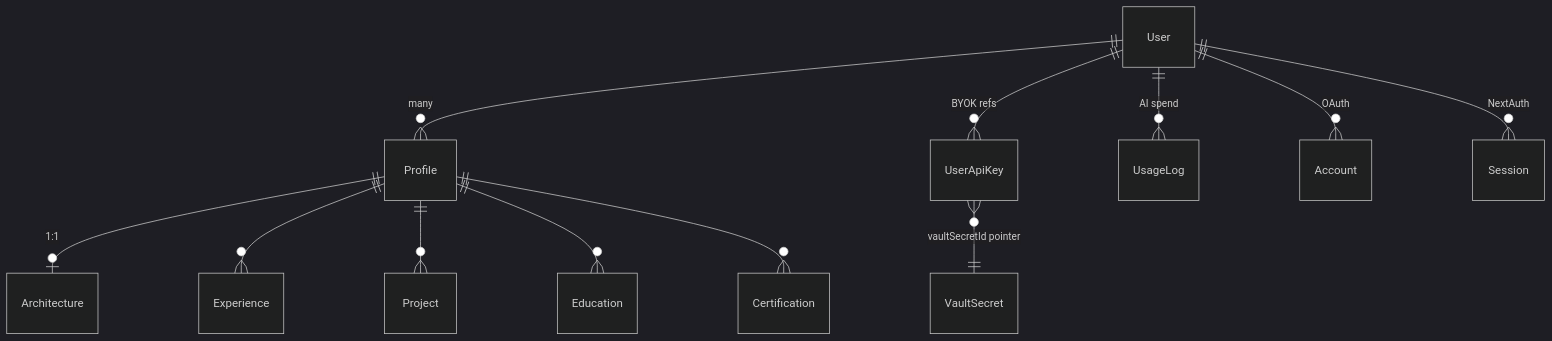
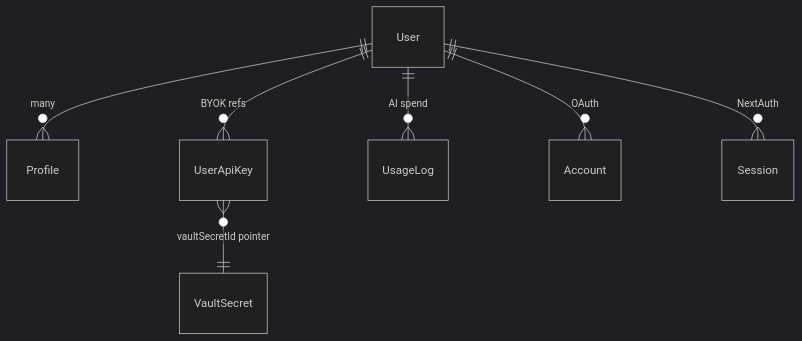
Before and after one commit to bhagatks/EasySubmit: the first of 2 diagrams in docs/database-schema.md, drawn with Mermaid (dark theme). The commit also changed other lines of this file and 68 other files, not shown here.

Commit message:
Dashboard v1: resume studio, settings, profile schema

````diff
--- a/docs/database-schema.md
+++ b/docs/database-schema.md
@@ -21,16 +23,10 @@
 ```mermaid
 erDiagram
     User ||--o{ Profile : "many"
-    Profile ||--o| Architecture : "1:1"
     User ||--o{ UserApiKey : "BYOK refs"
     User ||--o{ UsageLog : "AI spend"
     User ||--o{ Account : "OAuth"
     User ||--o{ Session : "NextAuth"
 
-    Profile ||--o{ Experience : ""
-    Profile ||--o{ Project : ""
-    Profile ||--o{ Education : ""
-    Profile ||--o{ Certification : ""
-
     UserApiKey }o--|| VaultSecret : "vaultSecretId pointer"
 ```
````
